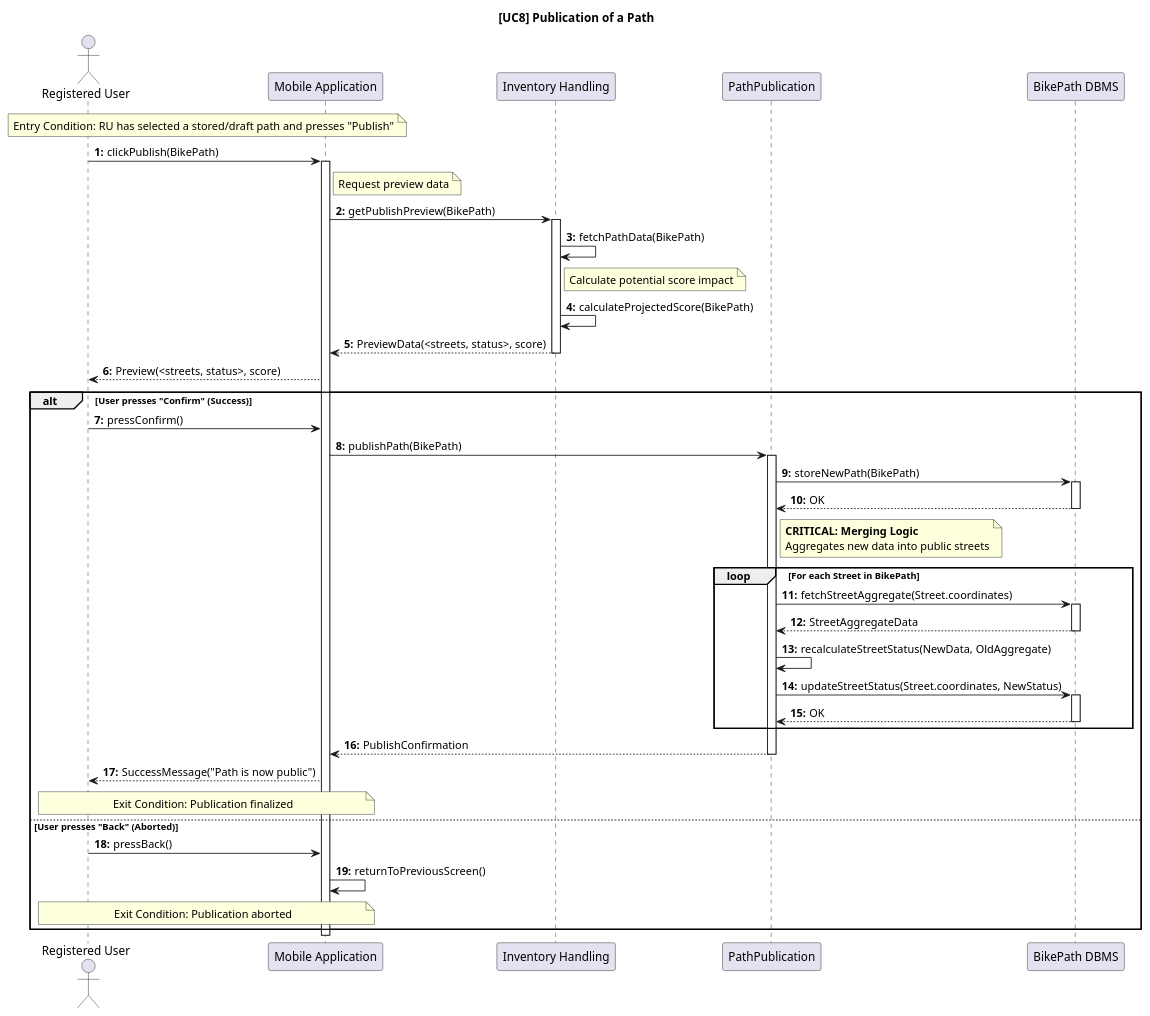
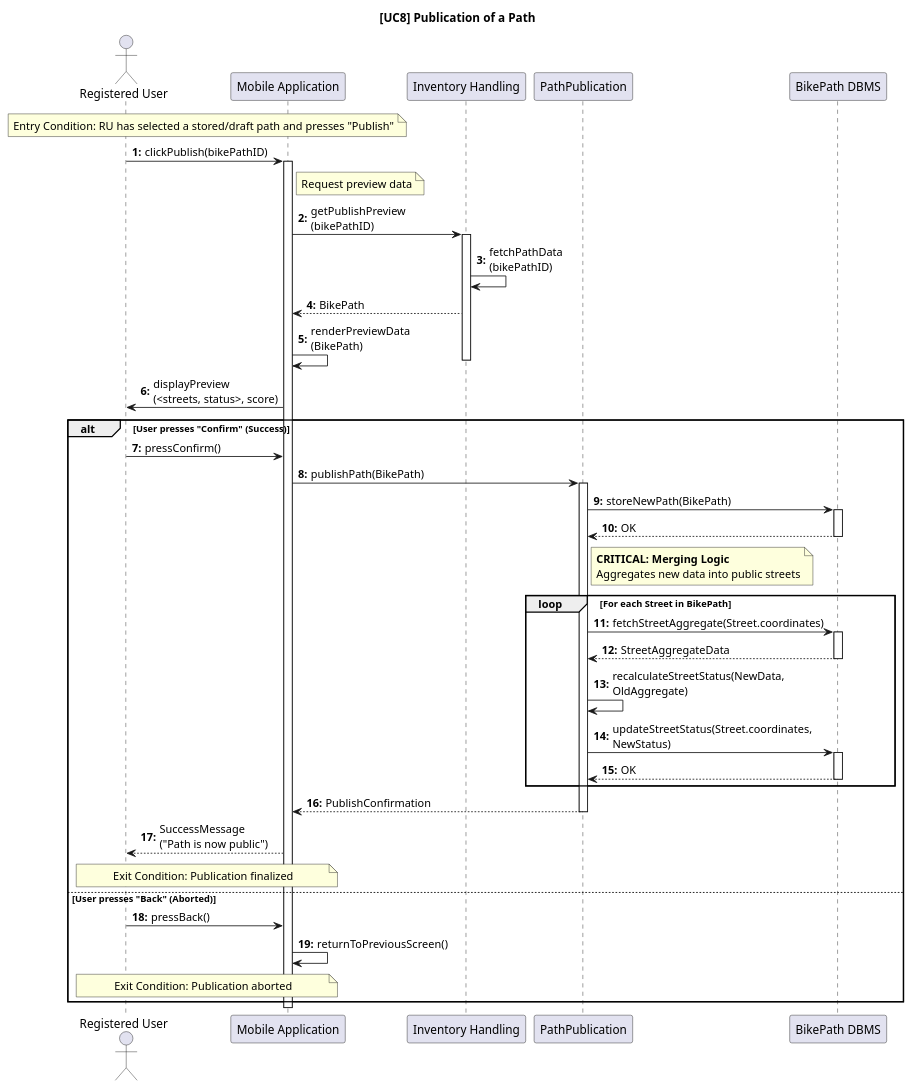
The diagram in DD/sequencediagrams/usecase8.puml (ilevinci/RubinoUvinsiVinciguerra), drawn with PlantUML before and after one commit. The commit also changed 5 other files, not shown here.

Commit message:
further refinement of sequence diagrams

```diff
--- a/DD/sequencediagrams/usecase8.puml
+++ b/DD/sequencediagrams/usecase8.puml
@@ -1,92 +1,90 @@
 @startuml UC8_PublicationPath_Design
 autonumber "<b>0:"
 title [UC8] Publication of a Path
 
 ' =======================================================
 ' COMPONENT DEFINITION
 ' =======================================================
 actor "Registered User" as RU
 participant "Mobile Application" as Client
 participant "Inventory Handling" as IH
 
 ' Backend System
 participant "PathPublication" as PM
 participant "BikePath DBMS" as DB
 
 ' =======================================================
 ' ENTRY CONDITION
 ' =======================================================
 note over RU, Client: Entry Condition: RU has selected a stored/draft path and presses "Publish"
 
 ' =======================================================
 ' (a) PREVIEW GENERATION
 ' =======================================================
-RU -> Client: clickPublish(BikePath)
+RU -> Client: clickPublish(bikePathID)
 activate Client
 
 ' Il Client richiede i dati aggiornati per la preview (es. Score attuale)
 note right of Client: Request preview data
-Client -> IH: getPublishPreview(BikePath)
+Client -> IH: getPublishPreview\n(bikePathID)
 activate IH
 
 ' Recupero dati grezzi
-IH -> IH: fetchPathData(BikePath)
-' Calcolo preliminare dello score (Preview)
-note right of IH: Calculate potential score impact
-IH -> IH: calculateProjectedScore(BikePath)
+IH -> IH: fetchPathData\n(bikePathID)
 
-IH --> Client: PreviewData(<streets, status>, score)
+IH --> Client: BikePath
+Client -> Client: renderPreviewData\n(BikePath)
 deactivate IH
 ' Visualizzazione
-Client --> RU: Preview(<streets, status>, score)
+Client -> RU: displayPreview\n(<streets, status>, score)
 
 ' =======================================================
 ' EXIT CONDITION: CONFIRM OR BACK
 ' =======================================================
 alt User presses "Confirm" (Success)
     RU -> Client: pressConfirm()
 
     
     Client -> PM: publishPath(BikePath)
     activate PM
 
     ' 1. Aggiornamento Visibilità
     PM -> DB: storeNewPath(BikePath)
     activate DB
     DB --> PM: OK
     deactivate DB
 
     ' 2. ESECUZIONE MERGING LOGIC (Core Business Logic)
     note right of PM: **CRITICAL: Merging Logic**\nAggregates new data into public streets
     
     loop For each Street in BikePath
         PM -> DB: fetchStreetAggregate(Street.coordinates)
         activate DB
         DB --> PM: StreetAggregateData
         deactivate DB
         
-        PM -> PM: recalculateStreetStatus(NewData, OldAggregate)
+        PM -> PM: recalculateStreetStatus(NewData, \nOldAggregate)
         
-        PM -> DB: updateStreetStatus(Street.coordinates, NewStatus)
+        PM -> DB: updateStreetStatus(Street.coordinates, \nNewStatus)
         activate DB
         DB --> PM: OK
         deactivate DB
     end loop
 
     ' Risposta Finale
     PM --> Client: PublishConfirmation
     deactivate PM
     
-    Client --> RU: SuccessMessage("Path is now public")
+    Client --> RU: SuccessMessage\n("Path is now public")
     note over RU, Client: Exit Condition: Publication finalized
 
 else User presses "Back" (Aborted)
     RU -> Client: pressBack()
     
     ' Nessuna interazione col server necessaria
     Client -> Client: returnToPreviousScreen()
     note over RU, Client: Exit Condition: Publication aborted
 end
 
 deactivate Client
 @enduml
```
